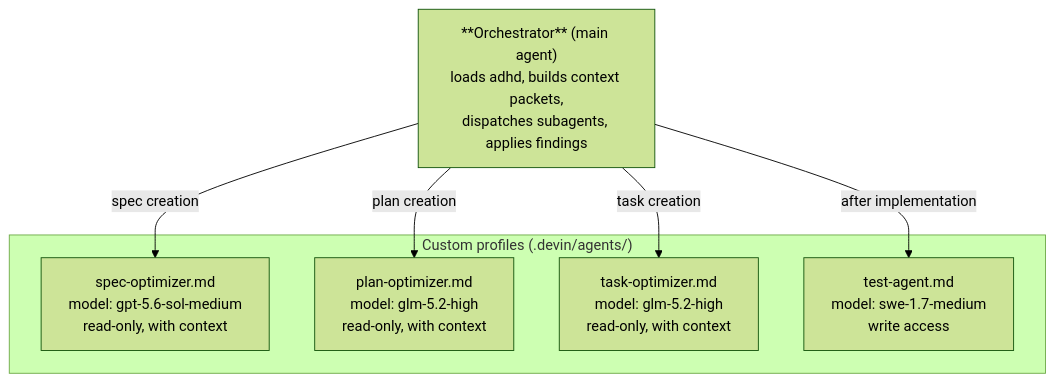
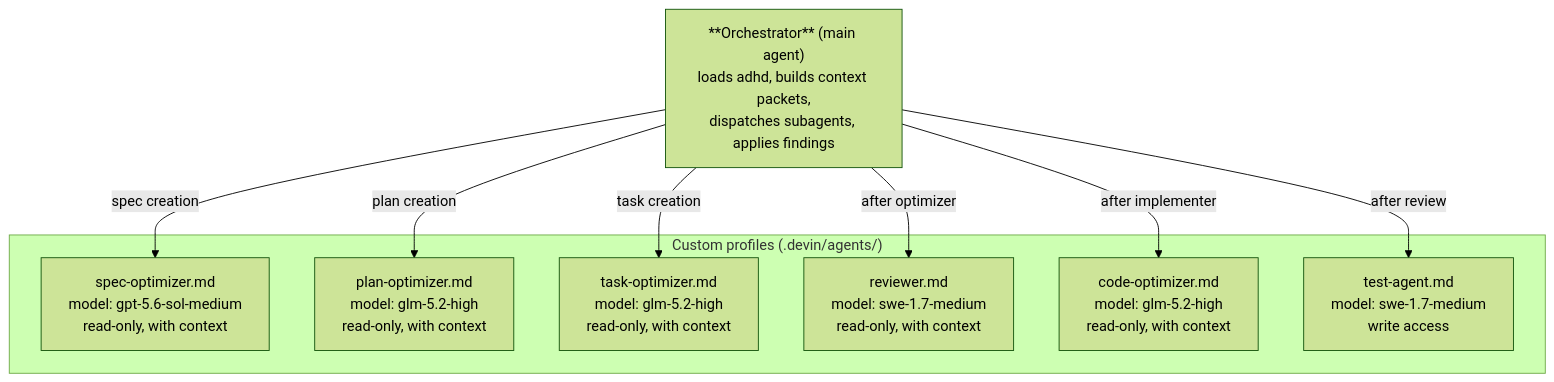
One commit to bperin/project-context changed the fourth of 4 diagrams in README.md. Above: the diagram before and after it, drawn with Mermaid (forest theme). The commit also changed other lines of this file and 18 other files, not shown here.

First line of the commit message:
Add optimizer-reviewer separation to workflows

````diff
--- a/README.md
+++ b/README.md
@@ -133,16 +138,20 @@
 ```mermaid
 graph TD
     ORCH["**Orchestrator** (main agent)<br/>loads adhd, builds context packets,<br/>dispatches subagents, applies findings"]
 
     subgraph "Custom profiles (.devin/agents/)"
         SPECOPT["spec-optimizer.md<br/>model: gpt-5.6-sol-medium<br/>read-only, with context"]
         PLANOPT["plan-optimizer.md<br/>model: glm-5.2-high<br/>read-only, with context"]
         TASKOPT["task-optimizer.md<br/>model: glm-5.2-high<br/>read-only, with context"]
+        REV["reviewer.md<br/>model: swe-1.7-medium<br/>read-only, with context"]
+        CODEOPT["code-optimizer.md<br/>model: glm-5.2-high<br/>read-only, with context"]
         TEST["test-agent.md<br/>model: swe-1.7-medium<br/>write access"]
     end
 
     ORCH -->|"spec creation"| SPECOPT
     ORCH -->|"plan creation"| PLANOPT
     ORCH -->|"task creation"| TASKOPT
-    ORCH -->|"after implementation"| TEST
+    ORCH -->|"after optimizer"| REV
+    ORCH -->|"after implementer"| CODEOPT
+    ORCH -->|"after review"| TEST
 ```
````
